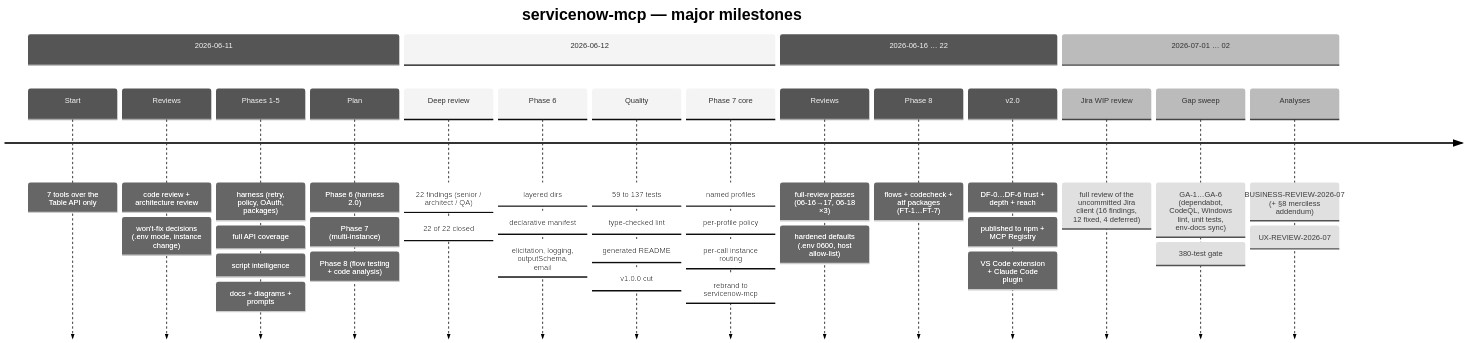
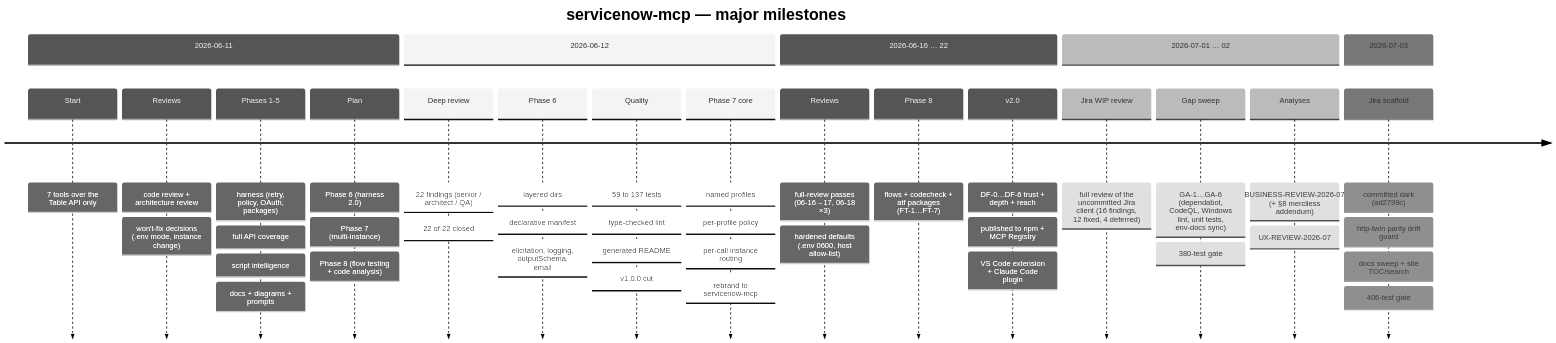
Before and after one commit to IvanBBaev/servicenow-mcp-ai: the second of 2 diagrams in project/PRODUCT-STATE.md, drawn with Mermaid (neutral theme). The commit also changed other lines of this file and 368 other files, not shown here.

````diff
--- a/project/PRODUCT-STATE.md
+++ b/project/PRODUCT-STATE.md
@@ -65,22 +74,24 @@
 ```mermaid
 timeline
     title servicenow-mcp — major milestones
     section 2026-06-11
         Start : 7 tools over the Table API only
         Reviews : code review + architecture review : won't-fix decisions (.env mode, instance change)
         Phases 1-5 : harness (retry, policy, OAuth, packages) : full API coverage : script intelligence : docs + diagrams + prompts
         Plan : Phase 6 (harness 2.0) : Phase 7 (multi-instance) : Phase 8 (flow testing + code analysis)
     section 2026-06-12
         Deep review : 22 findings (senior / architect / QA) : 22 of 22 closed
         Phase 6 : layered dirs : declarative manifest : elicitation, logging, outputSchema, email
         Quality : 59 to 137 tests : type-checked lint : generated README : v1.0.0 cut
         Phase 7 core : named profiles : per-profile policy : per-call instance routing : rebrand to servicenow-mcp
     section 2026-06-16 … 22
         Reviews : full-review passes (06-16→17, 06-18 ×3) : hardened defaults (.env 0600, host allow-list)
         Phase 8 : flows + codecheck + atf packages (FT-1…FT-7)
         v2.0 : DF-0…DF-6 trust + depth + reach : published to npm + MCP Registry : VS Code extension + Claude Code plugin
     section 2026-07-01 … 02
         Jira WIP review : full review of the uncommitted Jira client (16 findings, 12 fixed, 4 deferred)
         Gap sweep : GA-1…GA-6 (dependabot, CodeQL, Windows lint, unit tests, env-docs sync) : 380-test gate
         Analyses : BUSINESS-REVIEW-2026-07 (+ §8 merciless addendum) : UX-REVIEW-2026-07
+    section 2026-07-03
+        Jira scaffold : committed dark (ad2799c) : http-twin parity drift guard : docs sweep + site TOC/search : 406-test gate
 ```
````
